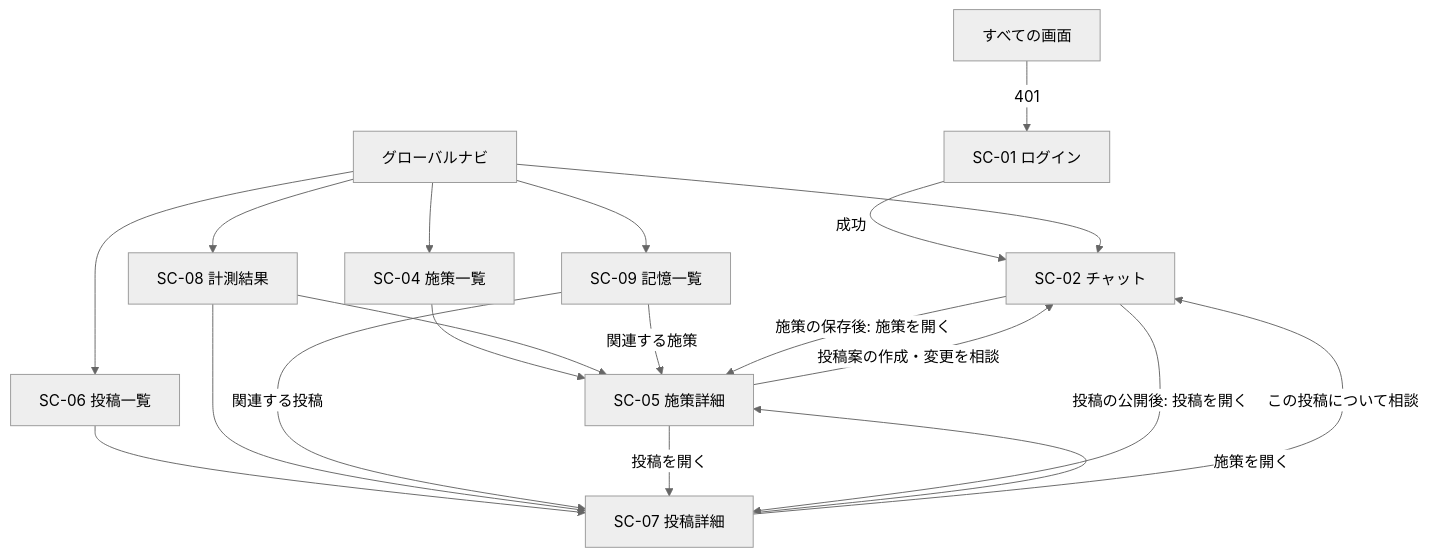
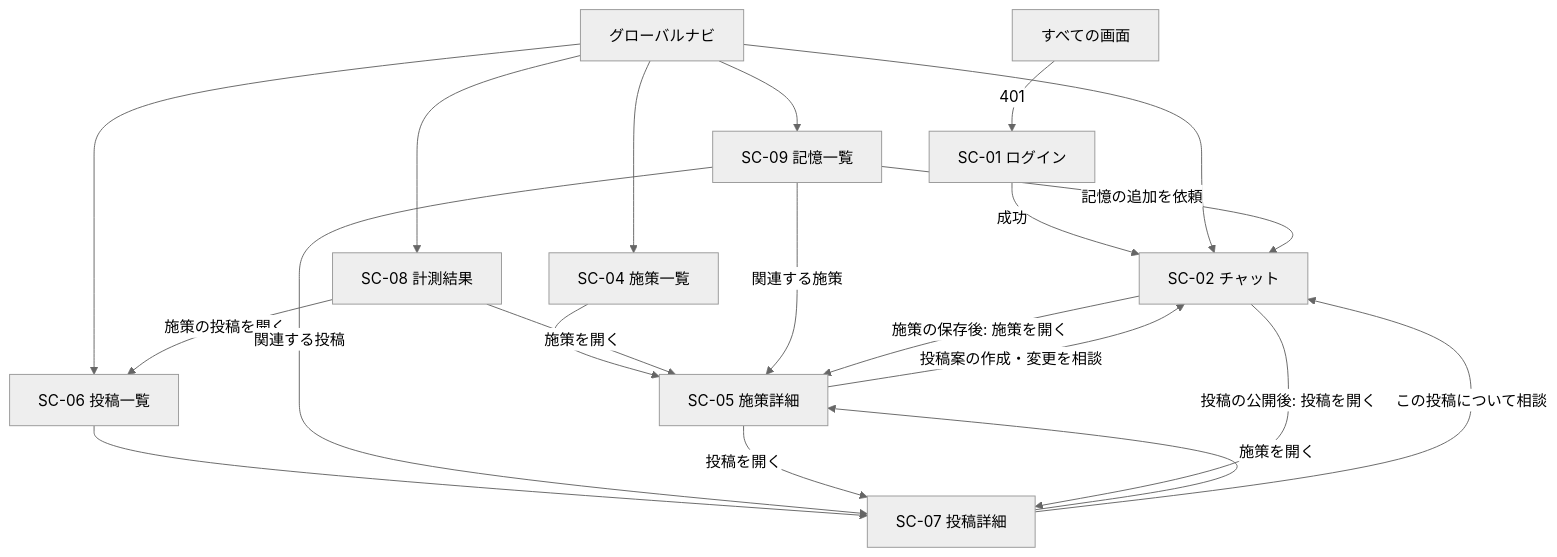
The diagram in docs/v.0.1/SCREEN_DESIGN.md (nishimura-yuma77/hiromeru), drawn with Mermaid (neutral theme) before and after one commit. The commit also changed other lines of this file and 2 other files, not shown here.

````diff
--- a/docs/v.0.1/SCREEN_DESIGN.md
+++ b/docs/v.0.1/SCREEN_DESIGN.md
@@ -67,25 +68,26 @@
 ```mermaid
 flowchart TD
     LOGIN[SC-01 ログイン] -- 成功 --> CHAT[SC-02 チャット]
     NAV[グローバルナビ] --> CHAT
     NAV --> CAMPAIGNS[SC-04 施策一覧]
     NAV --> POSTS[SC-06 投稿一覧]
     NAV --> METRICS[SC-08 計測結果]
     NAV --> MEMORIES[SC-09 記憶一覧]
 
     CAMPAIGNS --> CAMPAIGN[SC-05 施策詳細]
     POSTS --> POST[SC-07 投稿詳細]
-    METRICS --> CAMPAIGN
-    METRICS --> POST
+    METRICS -- 施策を開く --> CAMPAIGN
+    METRICS -- 施策の投稿を開く --> POSTS
     MEMORIES -- 関連する施策 --> CAMPAIGN
     MEMORIES -- 関連する投稿 --> POST
+    MEMORIES -- 記憶の追加を依頼 --> CHAT
 
     CAMPAIGN -- 投稿を開く --> POST
     POST -- 施策を開く --> CAMPAIGN
     CAMPAIGN -- 投稿案の作成・変更を相談 --> CHAT
     POST -- この投稿について相談 --> CHAT
     CHAT -- 施策の保存後: 施策を開く --> CAMPAIGN
     CHAT -- 投稿の公開後: 投稿を開く --> POST
 
     ANY[すべての画面] -- 401 --> LOGIN
 ```
````
